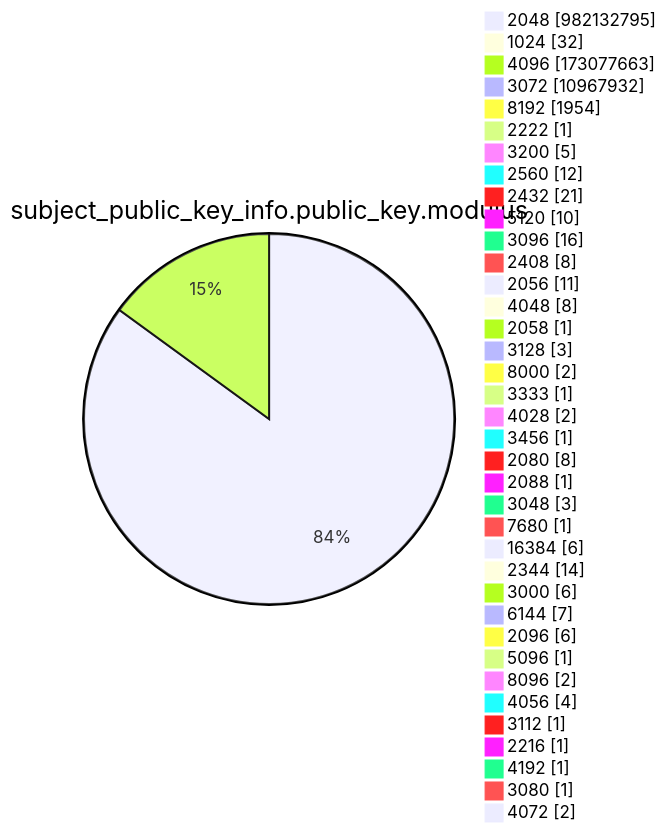
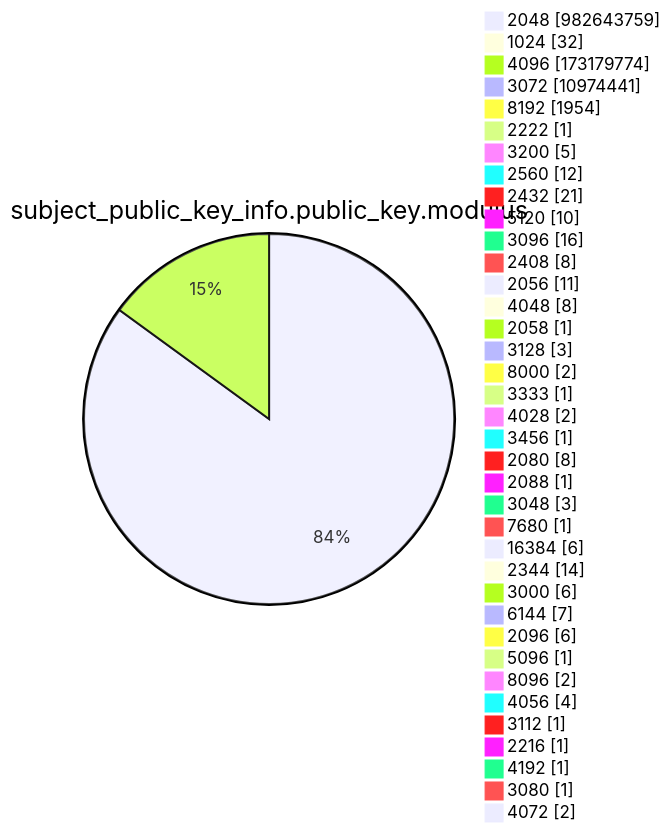
Before and after one commit to christiankrug/ctmonitor_visualization: diagram 13 of 15 in argon2022/README.md, drawn with Mermaid. The commit also changed other lines of this file, not shown here.

````diff
--- a/argon2022/README.md
+++ b/argon2022/README.md
@@ -3587,41 +3587,41 @@
 ```mermaid
 pie showData
 title subject_public_key_info.public_key.modulus
-"2048" :982132795
+"2048" :982643759
 "1024" :32
-"4096" :173077663
-"3072" :10967932
+"4096" :173179774
+"3072" :10974441
 "8192" :1954
 "2222" :1
 "3200" :5
 "2560" :12
 "2432" :21
 "5120" :10
 "3096" :16
 "2408" :8
 "2056" :11
 "4048" :8
 "2058" :1
 "3128" :3
 "8000" :2
 "3333" :1
 "4028" :2
 "3456" :1
 "2080" :8
 "2088" :1
 "3048" :3
 "7680" :1
 "16384" :6
 "2344" :14
 "3000" :6
 "6144" :7
 "2096" :6
 "5096" :1
 "8096" :2
 "4056" :4
 "3112" :1
 "2216" :1
 "4192" :1
 "3080" :1
 "4072" :2
 ```
````
